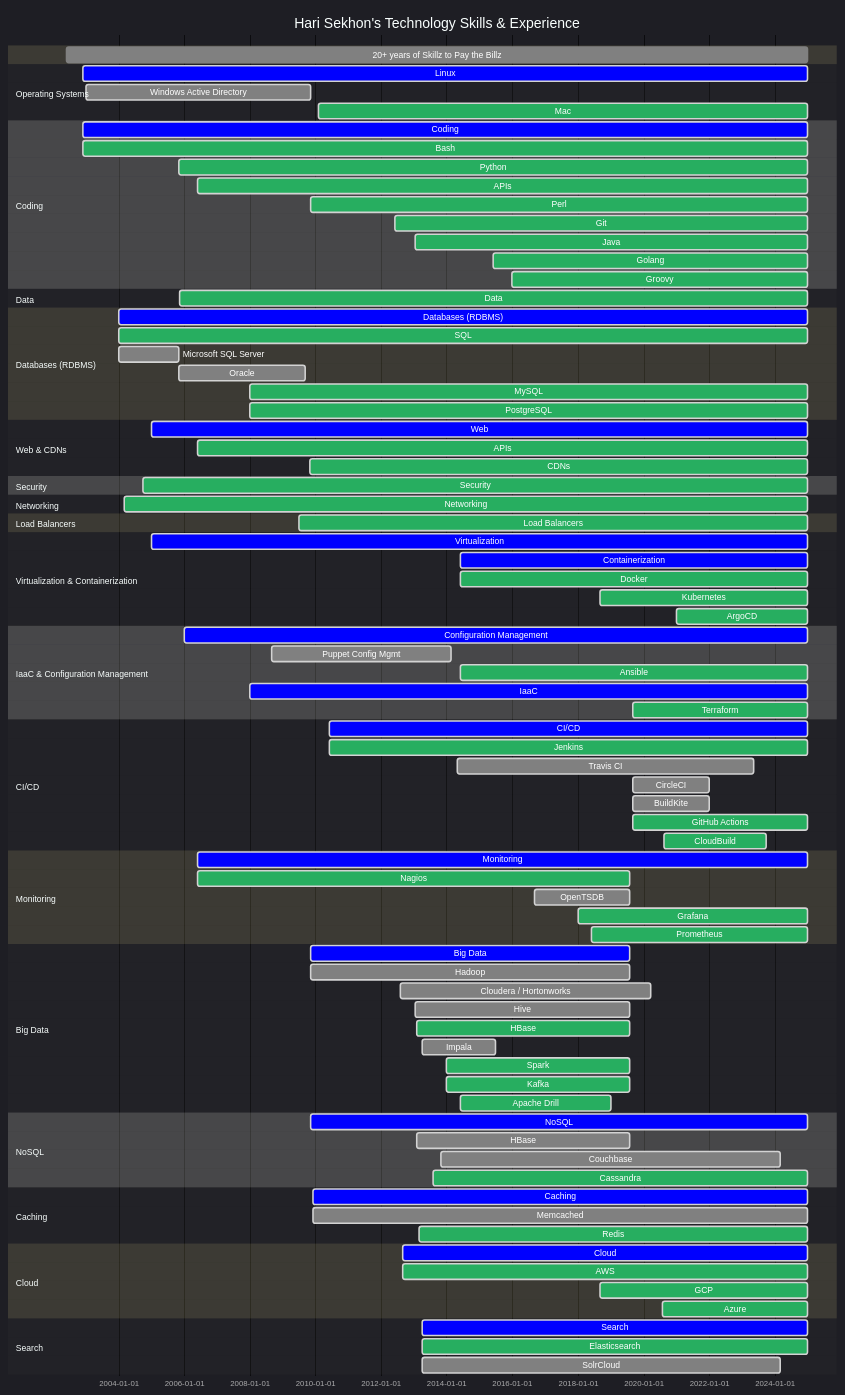
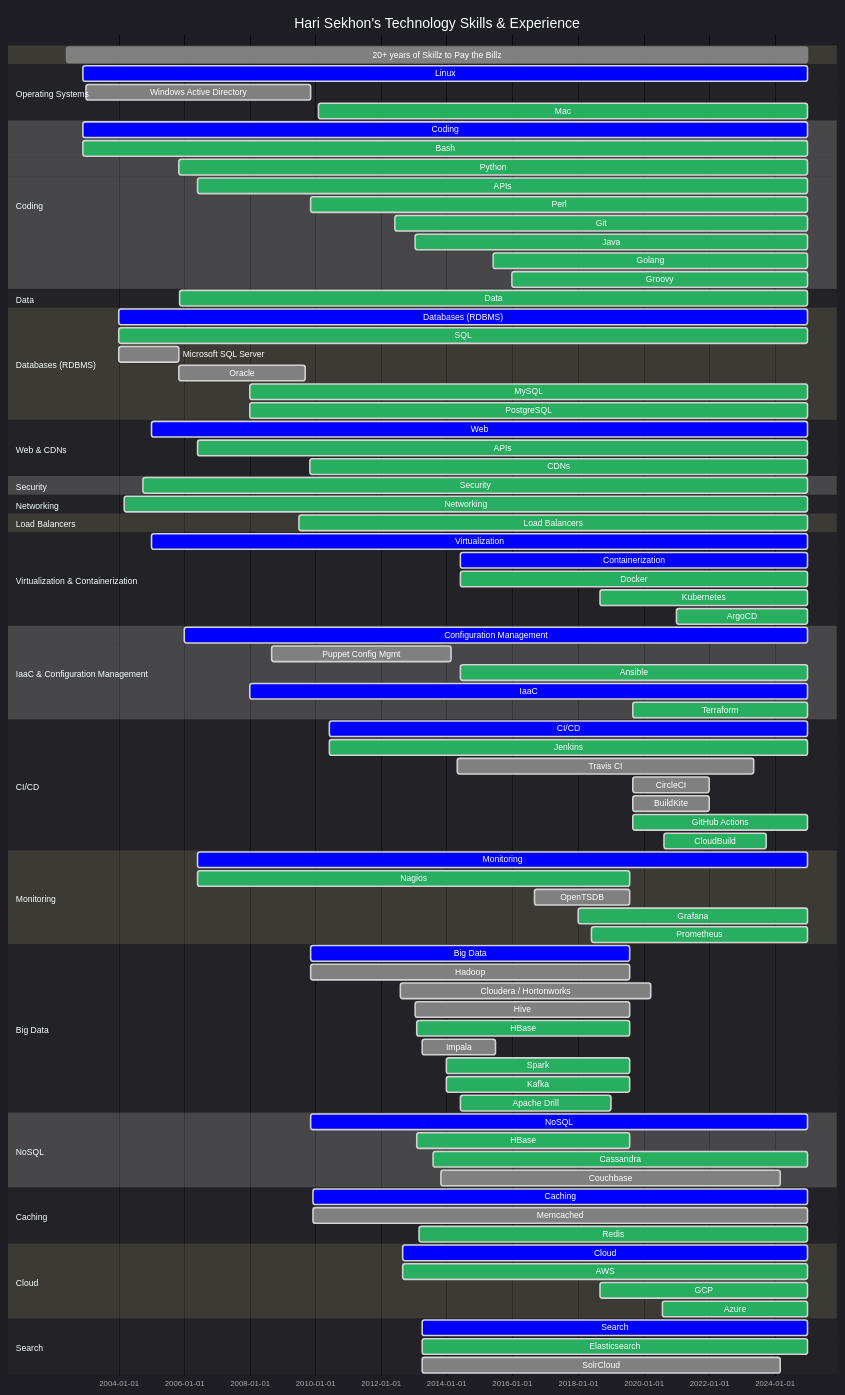
One commit to HariSekhon/HariSekhon changed the diagram in README.md. Above: the diagram before and after it, drawn with Mermaid.

```diff
--- a/README.md
+++ b/README.md
@@ -449,10 +449,10 @@
 
     section NoSQL
     NoSQL                  : crit, 2009-11-13, 2024-12-31
-    HBase                  : done, 2013-02-01, 2019-07-31
+    HBase                  : active, 2013-02-01, 2019-07-31
     %%MongoDB                : done, 2013-06-01, 2013-12-31
+    Cassandra              : active, 2013-08-01, 2024-12-31
     Couchbase              : done, 2013-11-01, 2024-03-01
-    Cassandra              : active, 2013-08-01, 2024-12-31
 
     section Caching
     Caching                : crit, 2009-11-31, 2024-12-31
```
